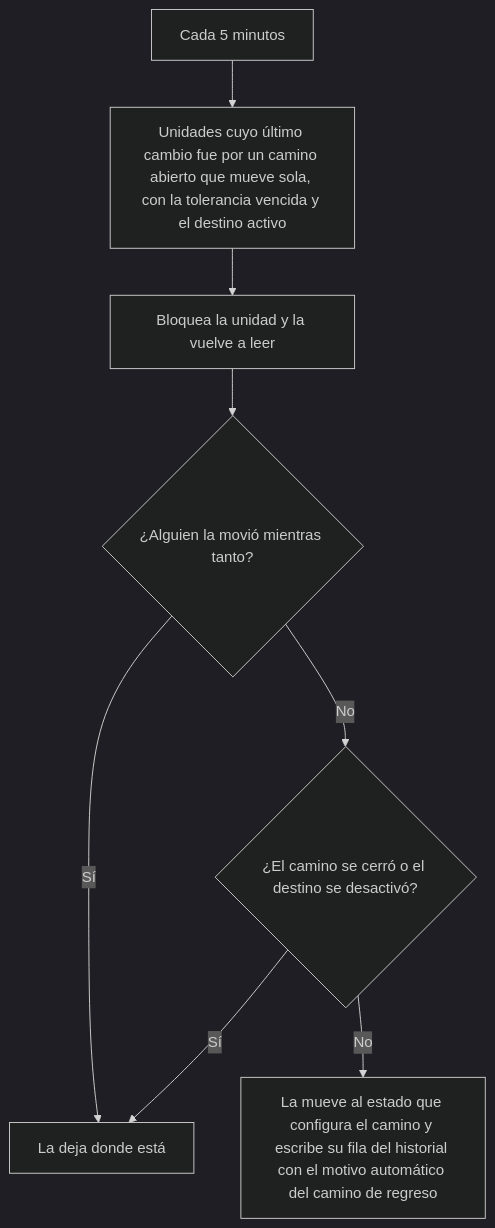
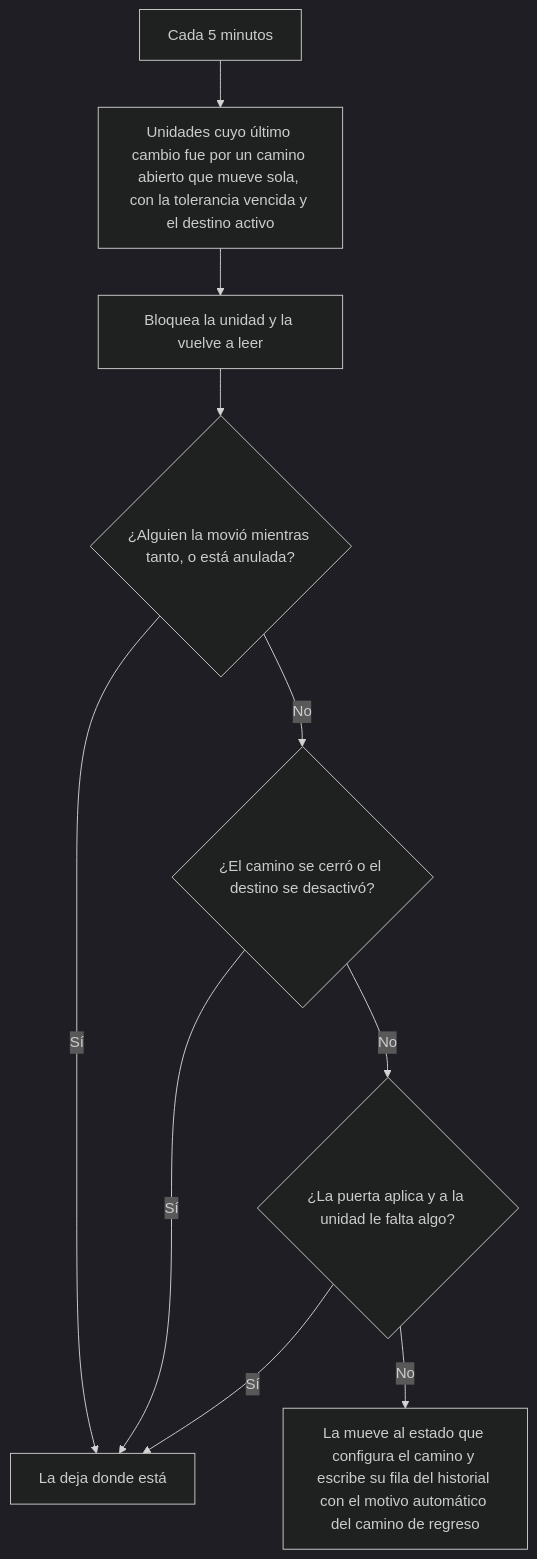
One commit to erp-millennium-mobility-sac/erp-millennium-mobility-documentation changed the diagram in contextos/fleet.md. Above: the diagram before and after it, drawn with Mermaid (dark theme). The commit also changed other lines of this file and 9 other files, not shown here.

````diff
--- a/contextos/fleet.md
+++ b/contextos/fleet.md
@@ -183,10 +267,12 @@
 ```mermaid
 flowchart TD
   A[Cada 5 minutos] --> B[Unidades cuyo último cambio fue por un camino abierto que mueve sola, con la tolerancia vencida y el destino activo]
   B --> C[Bloquea la unidad y la vuelve a leer]
-  C --> D{¿Alguien la movió mientras tanto?}
+  C --> D{¿Alguien la movió mientras tanto, o está anulada?}
   D -- Sí --> X[La deja donde está]
   D -- No --> E{¿El camino se cerró o el destino se desactivó?}
   E -- Sí --> X
-  E -- No --> F[La mueve al estado que configura el camino y escribe su fila del historial con el motivo automático del camino de regreso]
+  E -- No --> G{¿La puerta aplica y a la unidad le falta algo?}
+  G -- Sí --> X
+  G -- No --> F[La mueve al estado que configura el camino y escribe su fila del historial con el motivo automático del camino de regreso]
 ```
````
